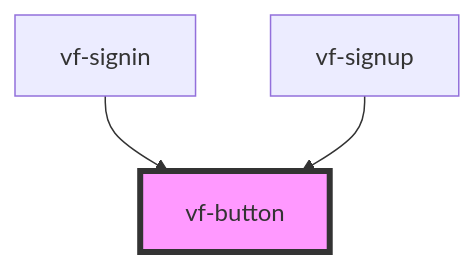
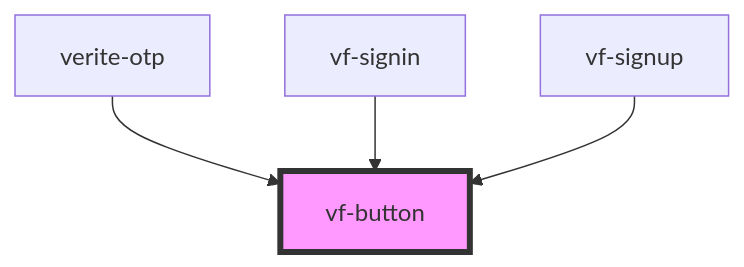
Before and after one commit to verite-team/verite-elements: the diagram in packages/stencil-library/src/components/vf-button/readme.md, drawn with Mermaid. The commit also changed other lines of this file and 29 other files, not shown here.

````diff
--- a/packages/stencil-library/src/components/vf-button/readme.md
+++ b/packages/stencil-library/src/components/vf-button/readme.md
@@ -38,6 +46,7 @@
 ```mermaid
 graph TD;
+  verite-otp --> vf-button
   vf-signin --> vf-button
   vf-signup --> vf-button
   style vf-button fill:#f9f,stroke:#333,stroke-width:4px
 ```
````
